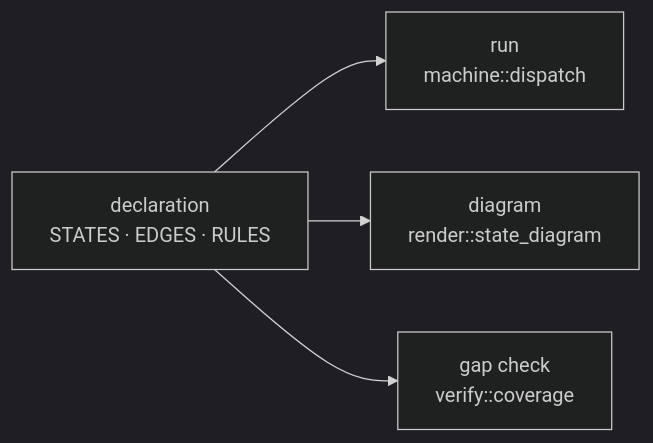
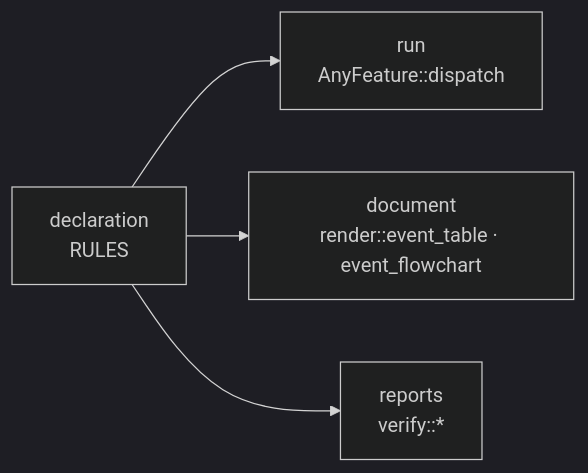
One commit to 4artit/declared changed the diagram in README.md. Above: the diagram before and after it, drawn with Mermaid (dark theme). The commit also changed other lines of this file and 23 other files, not shown here.

````diff
--- a/README.md
+++ b/README.md
@@ -19,7 +19,7 @@
 ```mermaid
 flowchart LR
-    D["declaration<br/>STATES · EDGES · RULES"]
-    D --> R["run<br/>machine::dispatch"]
-    D --> G["diagram<br/>render::state_diagram"]
-    D --> V["gap check<br/>verify::coverage"]
+    D["declaration<br/>RULES"]
+    D --> R["run<br/>AnyFeature::dispatch"]
+    D --> G["document<br/>render::event_table · event_flowchart"]
+    D --> V["reports<br/>verify::*"]
 ```
````
